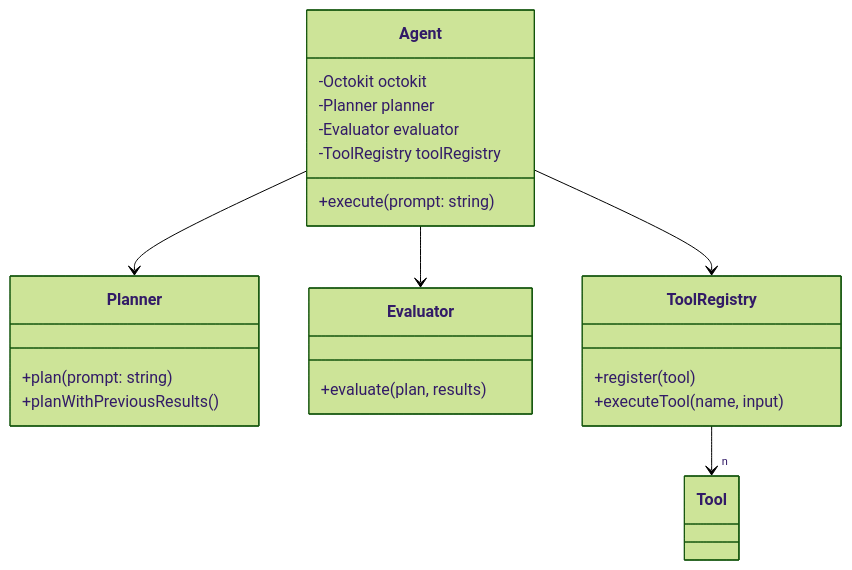
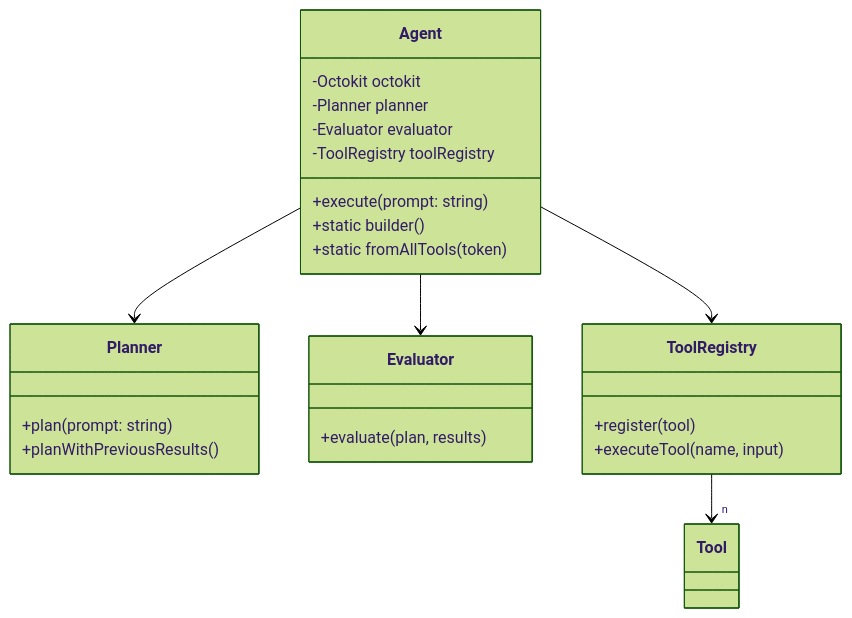
One commit to giselles-ai/giselle changed the first of 2 diagrams in packages/github-agent/README.md. Above: the diagram before and after it, drawn with Mermaid (forest theme). The commit also changed other lines of this file, not shown here.

````diff
--- a/packages/github-agent/README.md
+++ b/packages/github-agent/README.md
@@ -63,25 +82,27 @@
 ```mermaid
 classDiagram
     class Agent {
         -Octokit octokit
         -Planner planner
         -Evaluator evaluator
         -ToolRegistry toolRegistry
         +execute(prompt: string)
+        +static builder()
+        +static fromAllTools(token)
     }
     class Planner {
         +plan(prompt: string)
         +planWithPreviousResults()
     }
     class Evaluator {
         +evaluate(plan, results)
     }
     class ToolRegistry {
         +register(tool)
         +executeTool(name, input)
     }
     Agent --> Planner
     Agent --> Evaluator
     Agent --> ToolRegistry
     ToolRegistry --> "n" Tool
 ```
````
